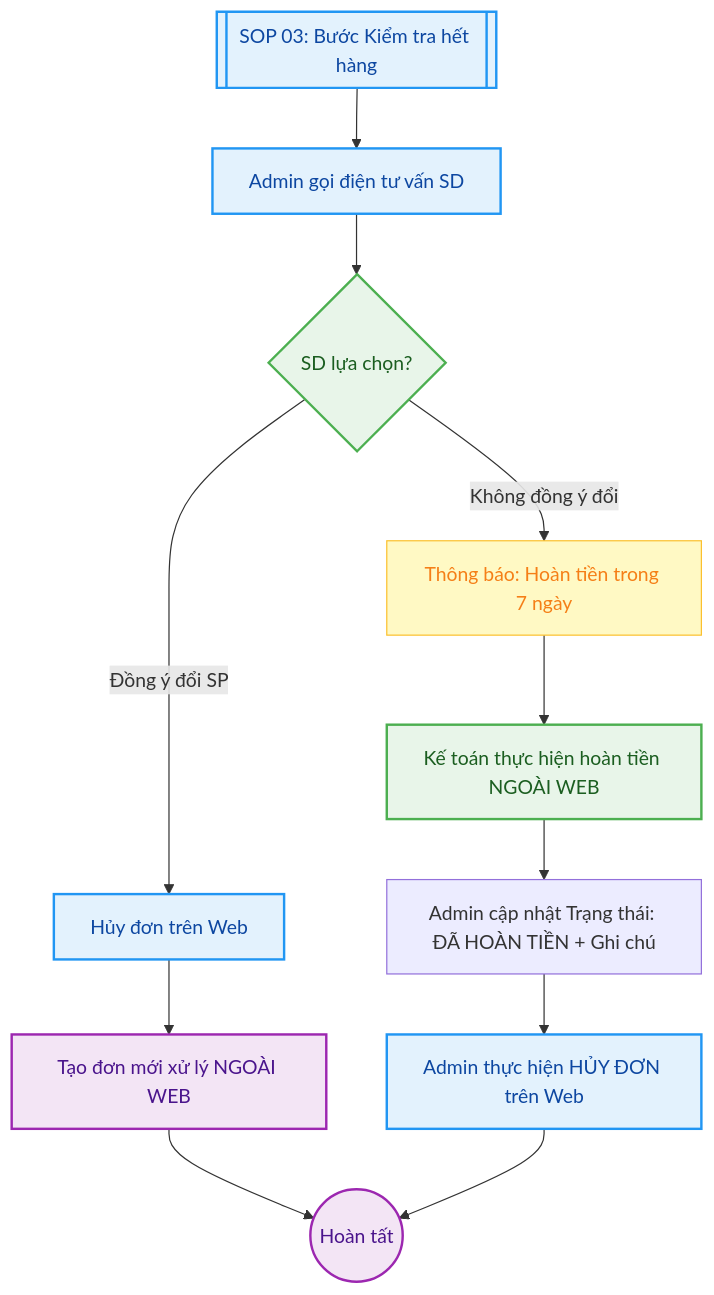
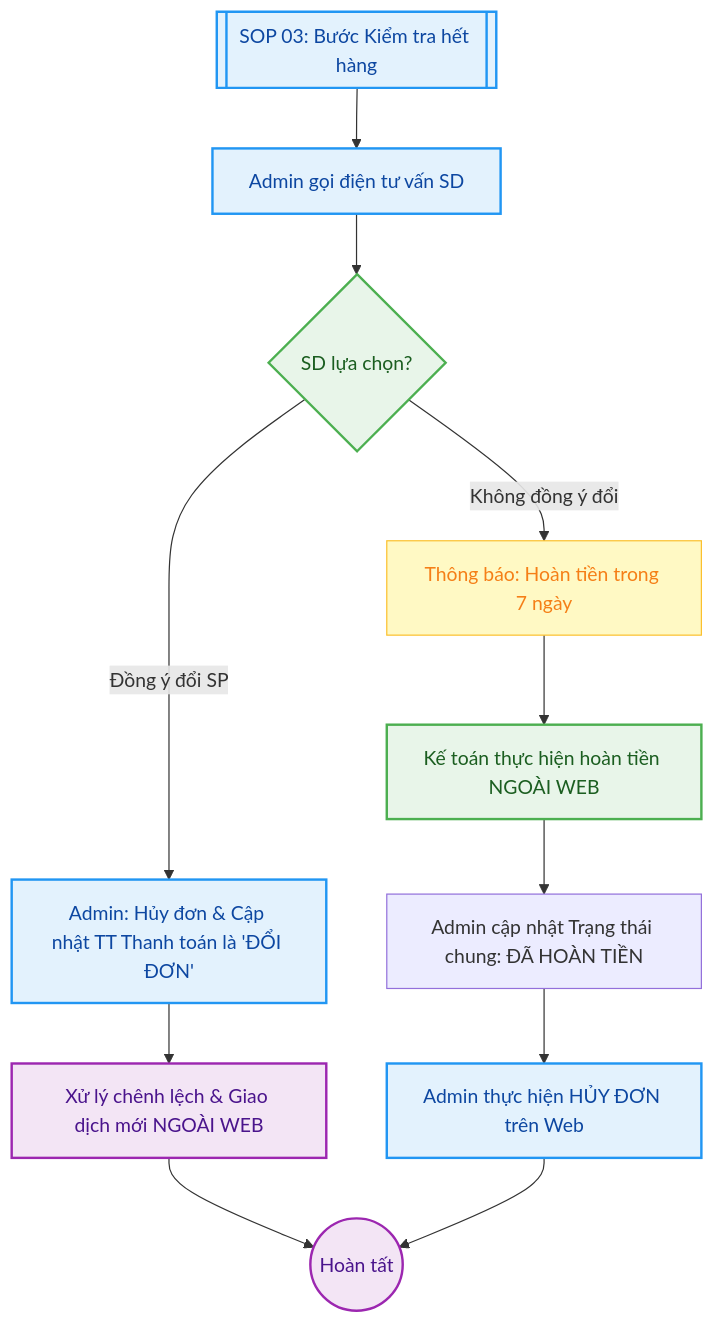
The diagram in src/site/notes/01_TONG_QUAN_LY_DU_AN/2_PHONG_VAN_HANH/SOP_3_Huy_Don_Het_Hang.md (babaduoc/digitalgarden), drawn with Mermaid before and after one commit. The commit also changed other lines of this file, not shown here.

````diff
--- a/src/site/notes/01_TONG_QUAN_LY_DU_AN/2_PHONG_VAN_HANH/SOP_3_Huy_Don_Het_Hang.md
+++ b/src/site/notes/01_TONG_QUAN_LY_DU_AN/2_PHONG_VAN_HANH/SOP_3_Huy_Don_Het_Hang.md
@@ -22,30 +22,30 @@
 ```mermaid
 graph TD
-    %% Định nghĩa bảng màu Pastel nguyên bản (Style Hôm Qua) %%
+    %% Định nghĩa bảng màu Pastel nguyên bản %%
     classDef admin fill:#E3F2FD,stroke:#2196F3,stroke-width:2px,color:#0D47A1;
     classDef acc fill:#E8F5E9,stroke:#4CAF50,stroke-width:2px,color:#1B5E20;
     classDef sd fill:#F3E5F5,stroke:#9C27B0,stroke-width:2px,color:#4A148C;
     classDef highlight fill:#FFF9C4,stroke:#FBC02D,stroke-width:1px,color:#F57F17;
 
     Start[[SOP 03: Bước Kiểm tra hết hàng]] --> Admin_Call[Admin gọi điện tư vấn SD]
     click Start "/01-tong-quan-ly-du-an/2-phong-van-hanh/sop-2-xu-ly-don-hang-chuan/"
     
     Admin_Call --> SD_Choice{SD lựa chọn?}
     
     %% Nhánh 1: Đổi sản phẩm %%
-    SD_Choice -- "Đồng ý đổi SP" --> Web_Cancel_1[Hủy đơn trên Web]
-    Web_Cancel_1 --> Offline_Order[Tạo đơn mới xử lý NGOÀI WEB]
-    Offline_Order --> End((Hoàn tất))
+    SD_Choice -- "Đồng ý đổi SP" --> Admin_Web_Cancel[Admin: Hủy đơn & Cập nhật TT Thanh toán là 'ĐỔI ĐƠN']
+    Admin_Web_Cancel --> Offline_Deal[Xử lý chênh lệch & Giao dịch mới NGOÀI WEB]
+    Offline_Deal --> End((Hoàn tất))
 
     %% Nhánh 2: Hủy đơn & Hoàn tiền %%
     SD_Choice -- "Không đồng ý đổi" --> Inform_Refund[Thông báo: Hoàn tiền trong 7 ngày]
     Inform_Refund --> Acc_Process[Kế toán thực hiện hoàn tiền NGOÀI WEB]
-    Acc_Process --> Admin_Web_Update[Admin cập nhật Trạng thái: ĐÃ HOÀN TIỀN + Ghi chú]
+    Acc_Process --> Admin_Web_Update[Admin cập nhật Trạng thái chung: ĐÃ HOÀN TIỀN]
     Admin_Web_Update --> Web_Cancel_2[Admin thực hiện HỦY ĐƠN trên Web]
     Web_Cancel_2 --> End
 
-    class Start,Admin_Call,Web_Cancel_1,Web_Cancel_2 admin;
+    class Start,Admin_Call,Web_Cancel_2,Admin_Web_Cancel admin;
     class Acc_Process,SD_Choice acc;
-    class Offline_Order,End sd;
+    class Offline_Deal,End sd;
     class Inform_Refund highlight;
 ```
````
